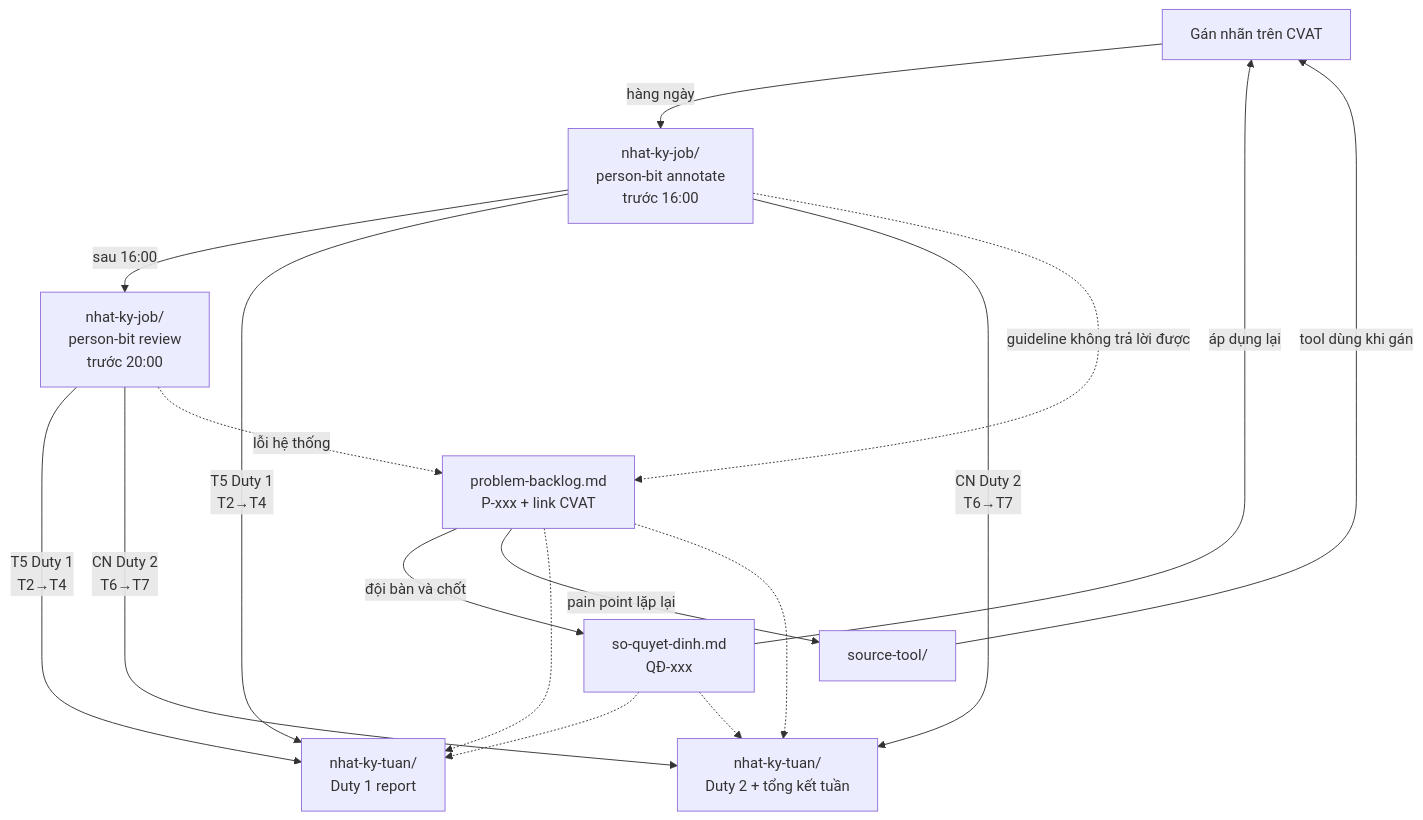
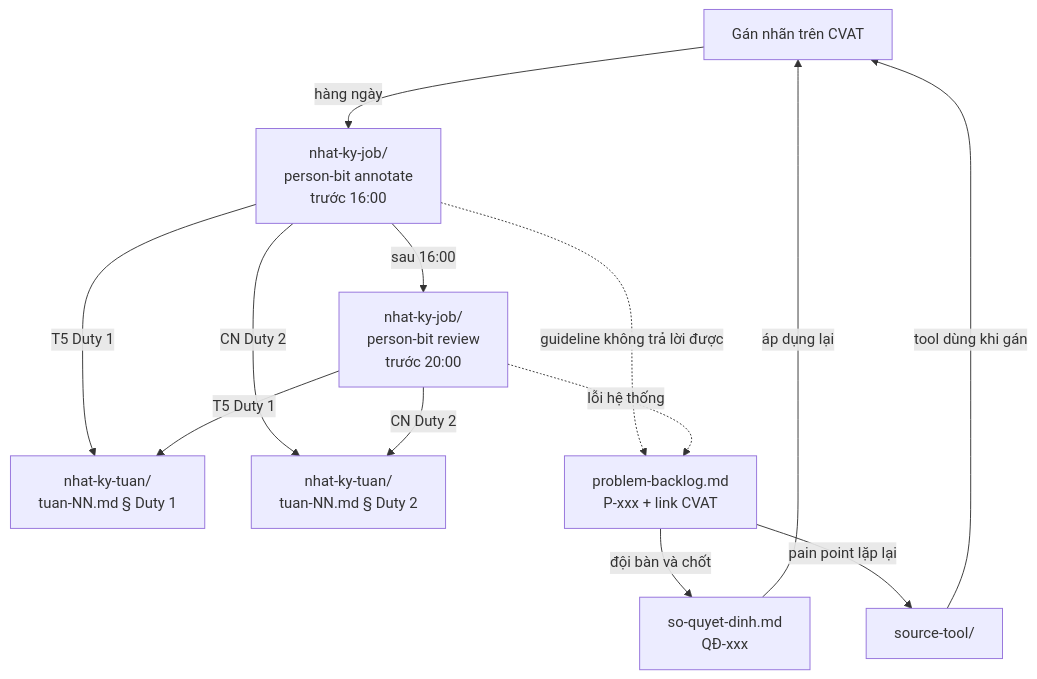
The diagram in README.md (hahahuy/week3-Lidarmapping), drawn with Mermaid before and after one commit. The commit also changed other lines of this file and 20 other files, not shown here.

````diff
--- a/README.md
+++ b/README.md
@@ -23,15 +21,13 @@
 ```mermaid
 flowchart TB
     A[Gán nhãn trên CVAT] -->|hàng ngày| P1[nhat-ky-job/<br/>person-bit annotate<br/>trước 16:00]
     P1 -->|sau 16:00| P2[nhat-ky-job/<br/>person-bit review<br/>trước 20:00]
-    P1 & P2 -->|T5 Duty 1<br/>T2→T4| D1[nhat-ky-tuan/<br/>Duty 1 report]
-    P1 & P2 -->|CN Duty 2<br/>T6→T7| D2[nhat-ky-tuan/<br/>Duty 2 + tổng kết tuần]
+    P1 & P2 -->|T5 Duty 1| D1[nhat-ky-tuan/<br/>tuan-NN.md § Duty 1]
+    P1 & P2 -->|CN Duty 2| D2[nhat-ky-tuan/<br/>tuan-NN.md § Duty 2]
     P1 -.->|guideline không trả lời được| B[problem-backlog.md<br/>P-xxx + link CVAT]
     P2 -.->|lỗi hệ thống| B
     B -->|đội bàn và chốt| C[so-quyet-dinh.md<br/>QĐ-xxx]
     C -->|áp dụng lại| A
     B -->|pain point lặp lại| D[source-tool/]
     D -->|tool dùng khi gán| A
-    B -.-> D1 & D2
-    C -.-> D1 & D2
 ```
````
